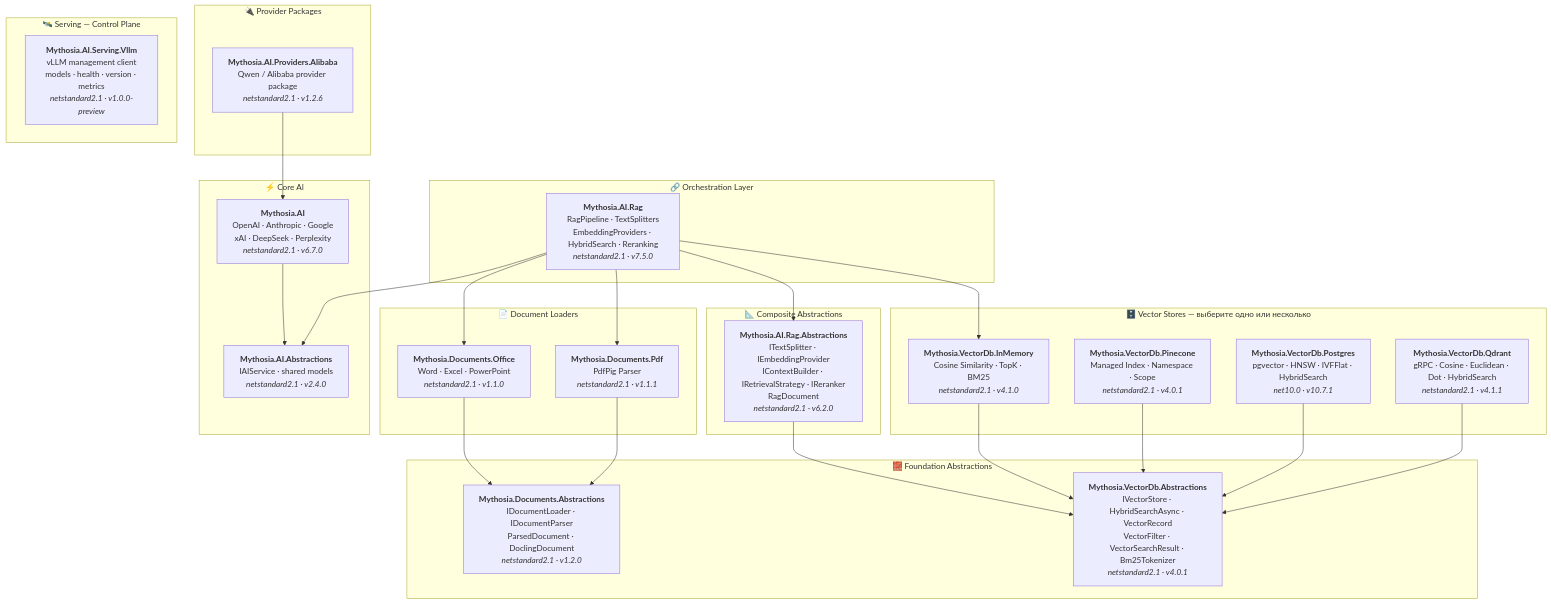
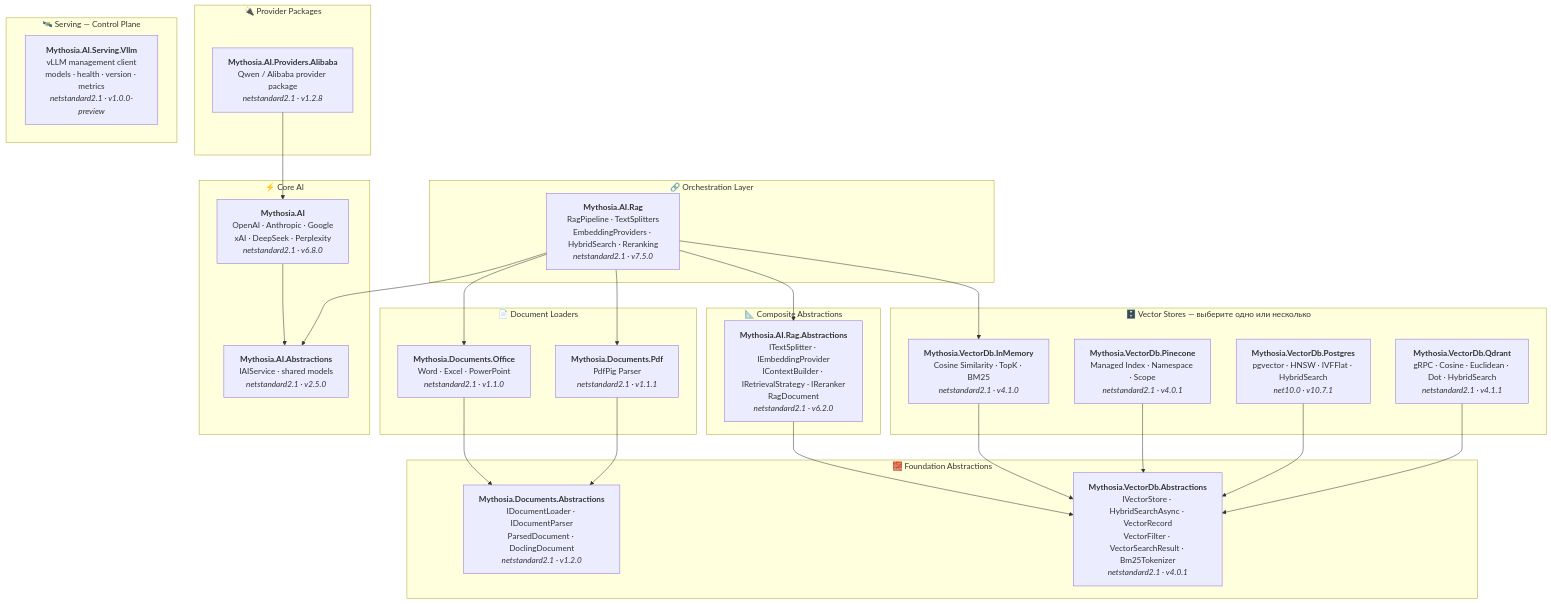
Before and after one commit to AJ-comp/Mythosia.AI: the diagram in docs/ru/README.md, drawn with Mermaid. The commit also changed 48 other files, not shown here.

````diff
--- a/docs/ru/README.md
+++ b/docs/ru/README.md
@@ -48,66 +48,66 @@
 ```mermaid
 graph TD
     subgraph "🔗 Orchestration Layer"
         Rag["<b>Mythosia.AI.Rag</b><br/>RagPipeline · TextSplitters<br/>EmbeddingProviders · HybridSearch · Reranking<br/><i>netstandard2.1 · v7.5.0</i>"]
     end
 
     subgraph "⚡ Core AI"
-        AI["<b>Mythosia.AI</b><br/>OpenAI · Anthropic · Google<br/>xAI · DeepSeek · Perplexity<br/><i>netstandard2.1 · v6.7.0</i>"]
-        AIAbs["<b>Mythosia.AI.Abstractions</b><br/>IAIService · shared models<br/><i>netstandard2.1 · v2.4.0</i>"]
+        AI["<b>Mythosia.AI</b><br/>OpenAI · Anthropic · Google<br/>xAI · DeepSeek · Perplexity<br/><i>netstandard2.1 · v6.8.0</i>"]
+        AIAbs["<b>Mythosia.AI.Abstractions</b><br/>IAIService · shared models<br/><i>netstandard2.1 · v2.5.0</i>"]
     end
 
     subgraph "🔌 Provider Packages"
-        Alibaba["<b>Mythosia.AI.Providers.Alibaba</b><br/>Qwen / Alibaba provider package<br/><i>netstandard2.1 · v1.2.6</i>"]
+        Alibaba["<b>Mythosia.AI.Providers.Alibaba</b><br/>Qwen / Alibaba provider package<br/><i>netstandard2.1 · v1.2.8</i>"]
     end
 
     subgraph "🛰️ Serving — Control Plane"
         VllmServing["<b>Mythosia.AI.Serving.Vllm</b><br/>vLLM management client<br/>models · health · version · metrics<br/><i>netstandard2.1 · v1.0.0-preview</i>"]
     end
 
     subgraph "📄 Document Loaders"
         Office["<b>Mythosia.Documents.Office</b><br/>Word · Excel · PowerPoint<br/><i>netstandard2.1 · v1.1.0</i>"]
         Pdf["<b>Mythosia.Documents.Pdf</b><br/>PdfPig Parser<br/><i>netstandard2.1 · v1.1.1</i>"]
     end
 
     subgraph "📐 Composite Abstractions"
         RagAbs["<b>Mythosia.AI.Rag.Abstractions</b><br/>ITextSplitter · IEmbeddingProvider<br/>IContextBuilder · IRetrievalStrategy · IReranker<br/>RagDocument<br/><i>netstandard2.1 · v6.2.0</i>"]
     end
 
     subgraph "🗄️ Vector Stores — выберите одно или несколько"
         InMem["<b>Mythosia.VectorDb.InMemory</b><br/>Cosine Similarity · TopK · BM25<br/><i>netstandard2.1 · v4.1.0</i>"]
         Pine["<b>Mythosia.VectorDb.Pinecone</b><br/>Managed Index · Namespace · Scope<br/><i>netstandard2.1 · v4.0.1</i>"]
         Pg["<b>Mythosia.VectorDb.Postgres</b><br/>pgvector · HNSW · IVFFlat · HybridSearch<br/><i>net10.0 · v10.7.1</i>"]
         Qd["<b>Mythosia.VectorDb.Qdrant</b><br/>gRPC · Cosine · Euclidean · Dot · HybridSearch<br/><i>netstandard2.1 · v4.1.1</i>"]
     end
 
     subgraph "🧱 Foundation Abstractions"
         LoaderAbs["<b>Mythosia.Documents.Abstractions</b><br/>IDocumentLoader · IDocumentParser<br/>ParsedDocument · DoclingDocument<br/><i>netstandard2.1 · v1.2.0</i>"]
         VdbAbs["<b>Mythosia.VectorDb.Abstractions</b><br/>IVectorStore · HybridSearchAsync · VectorRecord<br/>VectorFilter · VectorSearchResult · Bm25Tokenizer<br/><i>netstandard2.1 · v4.0.1</i>"]
     end
 
     %% Core AI internal
     AI --> AIAbs
 
     %% Orchestration → dependencies
     Rag --> AIAbs
     Rag --> Office
     Rag --> Pdf
     Rag --> RagAbs
     Rag --> InMem
 
     %% Provider packages → core
     Alibaba --> AI
 
     %% Composite → Foundation
     RagAbs --> VdbAbs
 
     %% Loaders → Foundation
     Office --> LoaderAbs
     Pdf --> LoaderAbs
 
     %% VectorStores → Foundation
     InMem --> VdbAbs
     Pine --> VdbAbs
     Pg --> VdbAbs
     Qd --> VdbAbs
 ```
````
